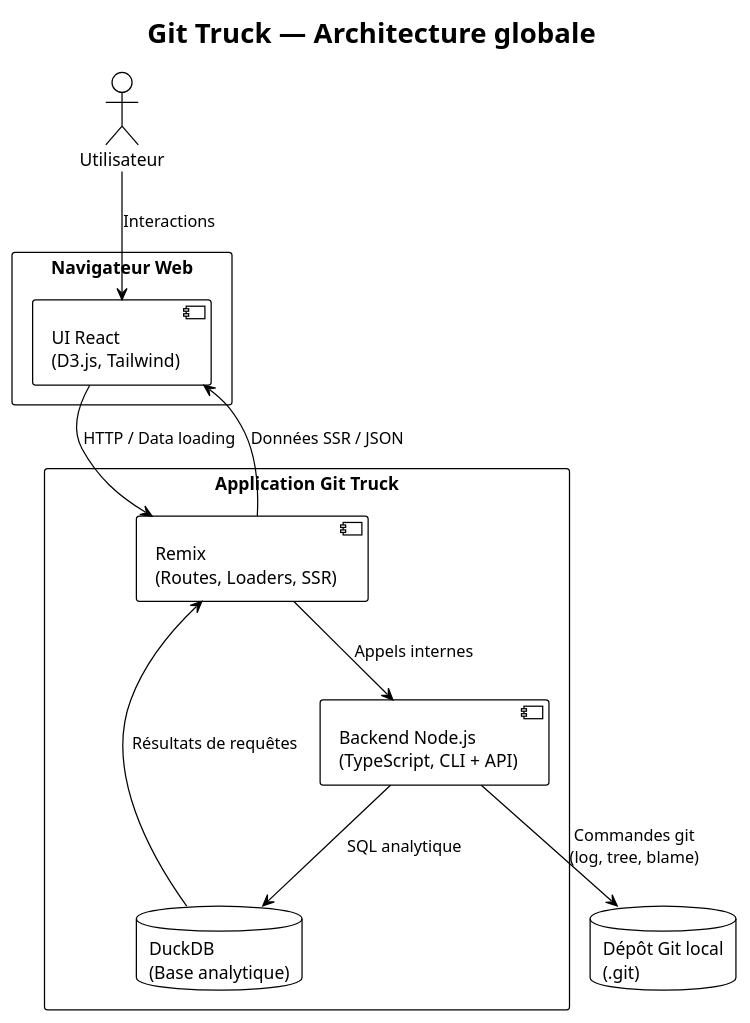
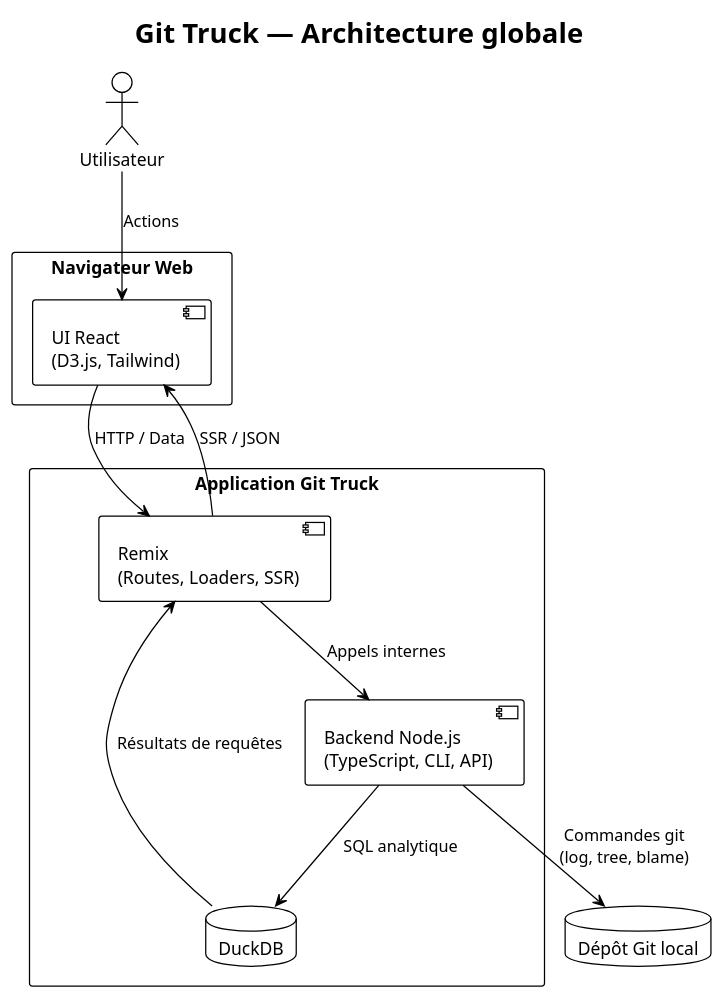
The diagram in artefacts/artefacts - A2025/architecture.puml (LOG795-E019/git-truck), drawn with PlantUML before and after one commit.

```diff
--- a/artefacts/artefacts - A2025/architecture.puml
+++ b/artefacts/artefacts - A2025/architecture.puml
@@ -1,27 +1,27 @@
 @startuml
 !theme plain
 title Git Truck — Architecture globale
 
 actor "Utilisateur" as User
 
 rectangle "Navigateur Web" {
   component "UI React\n(D3.js, Tailwind)" as UI
 }
 
 rectangle "Application Git Truck" {
   component "Remix\n(Routes, Loaders, SSR)" as Remix
-  component "Backend Node.js\n(TypeScript, CLI + API)" as Backend
-  database "DuckDB\n(Base analytique)" as DuckDB
+  component "Backend Node.js\n(TypeScript, CLI, API)" as Backend
+  database "DuckDB" as DuckDB
 }
 
-database "Dépôt Git local\n(.git)" as Git
+database "Dépôt Git local" as Git
 
-User --> UI : Interactions
-UI --> Remix : HTTP / Data loading
+User --> UI : Actions
+UI --> Remix : HTTP / Data
 Remix --> Backend : Appels internes
 Backend --> DuckDB : SQL analytique
 Backend --> Git : Commandes git\n(log, tree, blame)
 DuckDB --> Remix : Résultats de requêtes
-Remix --> UI : Données SSR / JSON
+Remix --> UI : SSR / JSON
 
 @enduml
```
